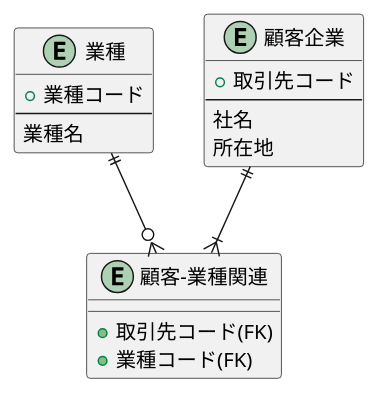
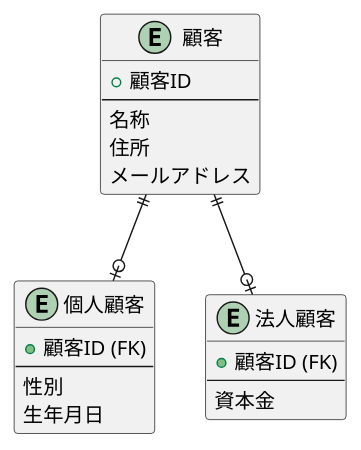
One commit to yinm/uml-modeling-lesson changed the diagram in ch13/sample.puml. Above: the diagram before and after it, drawn with PlantUML.

Commit message:
Add lesson48

```diff
--- a/ch13/sample.puml
+++ b/ch13/sample.puml
@@ -1,24 +1,27 @@
 @startuml
 
-entity 業種 {
-  + 業種コード
+entity 顧客 {
+  + 顧客ID
   ---
-  業種名
+  名称
+  住所
+  メールアドレス
 }
 
-entity 顧客-業種関連 {
-  + 取引先コード(FK)
-  + 業種コード(FK)
+entity 個人顧客 {
+  + 顧客ID (FK)
+  ---
+  性別
+  生年月日
 }
 
-entity 顧客企業 {
-  + 取引先コード
+entity 法人顧客 {
+  + 顧客ID (FK)
   ---
-  社名
-  所在地
+  資本金
 }
 
-業種 ||--o{ "顧客-業種関連"
-顧客企業 ||--|{ "顧客-業種関連"
+顧客 ||--o| 個人顧客
+顧客 ||--o| 法人顧客
 
 @enduml
```
